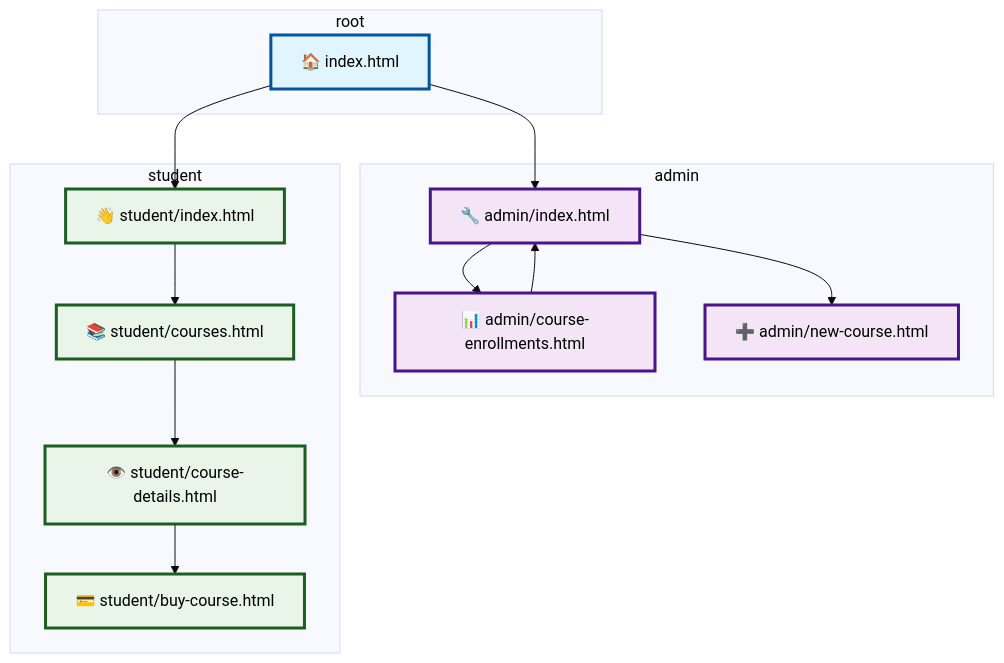
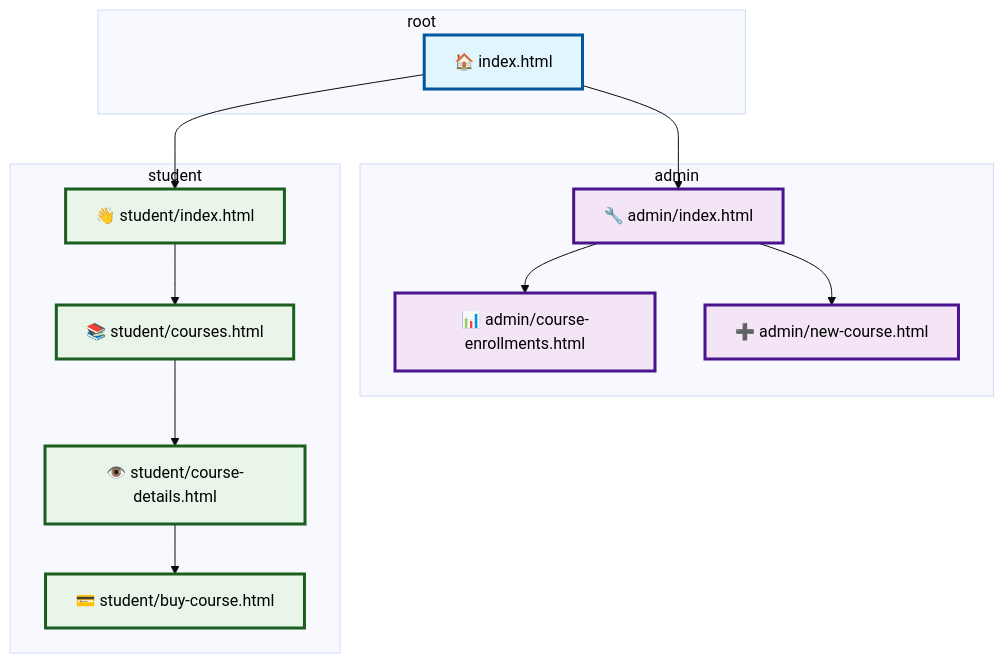
The diagram in README.md (matterattetatte/westcoast-education), drawn with Mermaid (base theme) before and after one commit.

Commit message:
remove arrow

````diff
--- a/README.md
+++ b/README.md
@@ -37,37 +37,36 @@
 ```mermaid
 graph TD
     subgraph "root"
         index.html["🏠 index.html"]
     end
     
     subgraph "admin"
         admin/index["🔧 admin/index.html"]
         admin/enrollments["📊 admin/course-enrollments.html"]
         admin/newcourse["➕ admin/new-course.html"]
     end
     
     subgraph "student"
         student/index["👋 student/index.html"]
         student/courses["📚 student/courses.html"]
         student/details["👁️ student/course-details.html"]
         student/buy["💳 student/buy-course.html"]
     end
     
     index.html --> student/index
     student/index --> student/courses
     student/courses --> student/details
     student/details --> student/buy
     
     index.html --> admin/index
     admin/index --> admin/newcourse
     admin/index --> admin/enrollments
-    admin/enrollments --> admin/index
     
     classDef root fill:#e1f5fe,stroke:#01579b,stroke-width:3px,color:#000
     classDef admin fill:#f3e5f5,stroke:#4a148c,stroke-width:3px,color:#000
     classDef student fill:#e8f5e8,stroke:#1b5e20,stroke-width:3px,color:#000
     
     class index.html root
     class admin/index,admin/enrollments,admin/newcourse admin
     class student/index,student/courses,student/details,student/buy student
 ```
````
